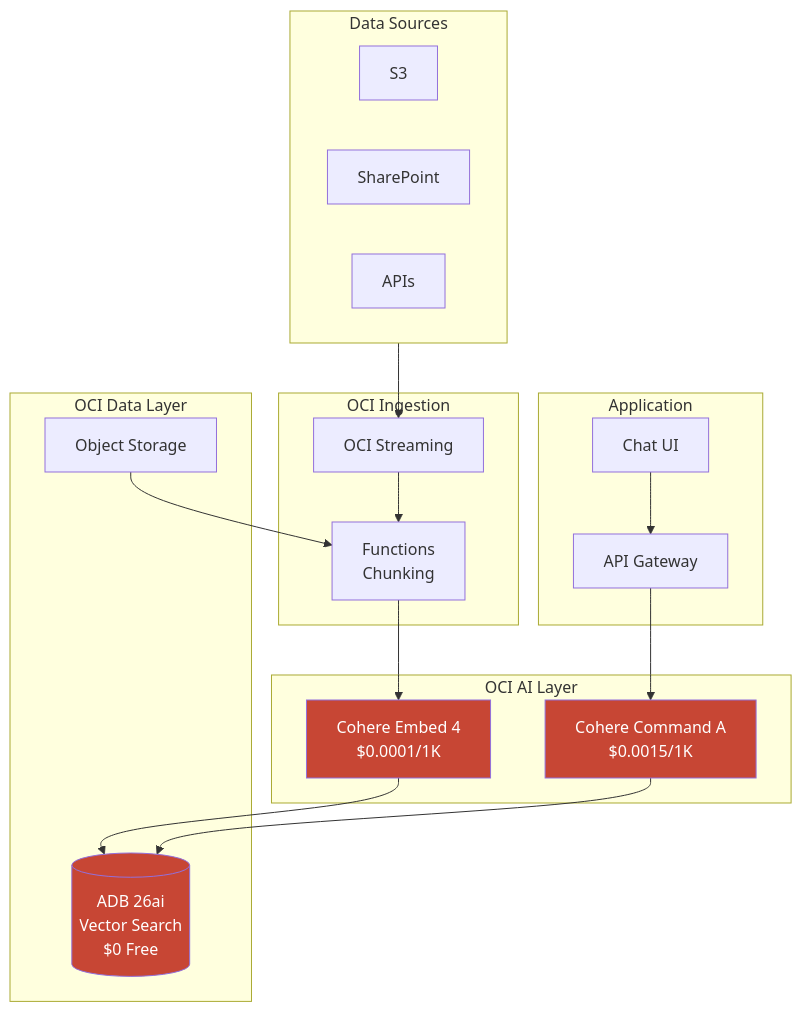
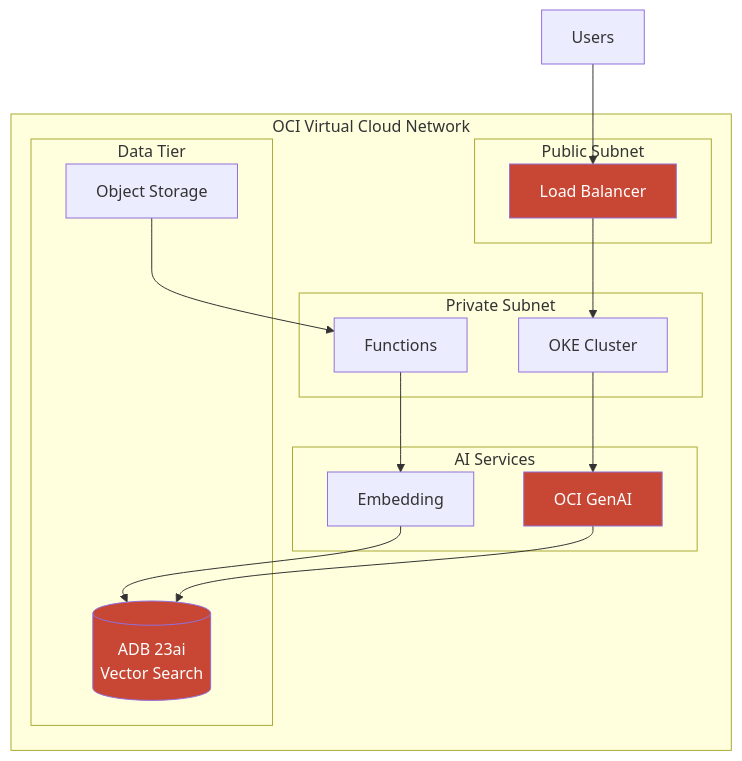
Before and after one commit to oci-ai-architects/claude-code-oci-ai-architect-skills: the first of 2 diagrams in plugins/oracle-diagram-generator/skills/SKILL.md, drawn with Mermaid. The commit also changed other lines of this file and 1 other file, not shown here.

First line of the commit message:
refactor: Complete rewrite of diagram generator skill v2.0

````diff
--- a/plugins/oracle-diagram-generator/skills/SKILL.md
+++ b/plugins/oracle-diagram-generator/skills/SKILL.md
@@ -640,41 +140,31 @@
 ```mermaid
 flowchart TB
-    subgraph Sources["Data Sources"]
-        S3[S3]
-        SP[SharePoint]
-        API[APIs]
+    subgraph VCN["OCI Virtual Cloud Network"]
+        subgraph Public["Public Subnet"]
+            LB[Load Balancer]
+        end
+
+        subgraph Private["Private Subnet"]
+            OKE[OKE Cluster]
+            FN[Functions]
+        end
+
+        subgraph AI["AI Services"]
+            GENAI[OCI GenAI]
+            EMBED[Embedding]
+        end
+
+        subgraph Data["Data Tier"]
+            ADB[(ADB 23ai<br/>Vector Search)]
+            OBJ[Object Storage]
+        end
     end
 
-    subgraph Ingestion["OCI Ingestion"]
-        STR[OCI Streaming]
-        FN[Functions<br/>Chunking]
-    end
+    Users --> LB --> OKE
+    OKE --> GENAI --> ADB
+    OBJ --> FN --> EMBED --> ADB
 
-    subgraph AI["OCI AI Layer"]
-        EMB[Cohere Embed 4<br/>$0.0001/1K]
-        LLM[Cohere Command A<br/>$0.0015/1K]
-    end
-
-    subgraph Data["OCI Data Layer"]
-        ADB[(ADB 26ai<br/>Vector Search<br/>$0 Free)]
-        OBJ[Object Storage]
-    end
-
-    subgraph App["Application"]
-        CHAT[Chat UI]
-        APIGW[API Gateway]
-    end
-
-    Sources --> STR
-    STR --> FN
-    FN --> EMB
-    EMB --> ADB
-    CHAT --> APIGW
-    APIGW --> LLM
-    LLM --> ADB
-    OBJ --> FN
-
+    style LB fill:#C74634,color:#fff
     style ADB fill:#C74634,color:#fff
-    style LLM fill:#C74634,color:#fff
-    style EMB fill:#C74634,color:#fff
+    style GENAI fill:#C74634,color:#fff
 ```
````
